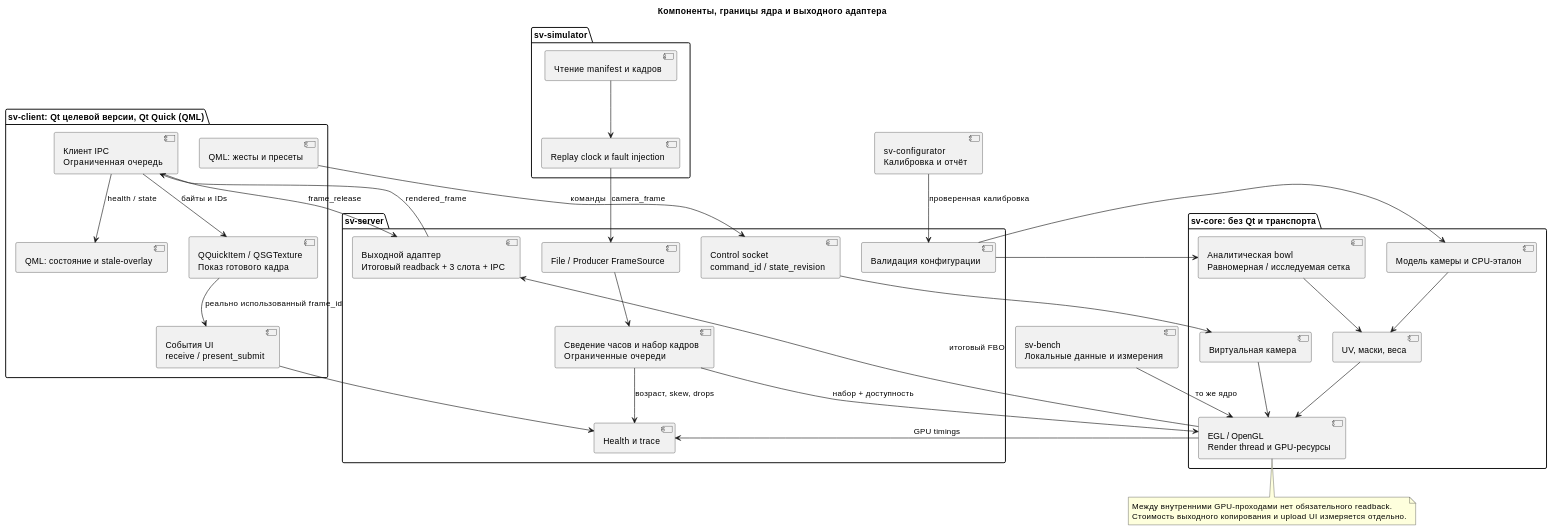
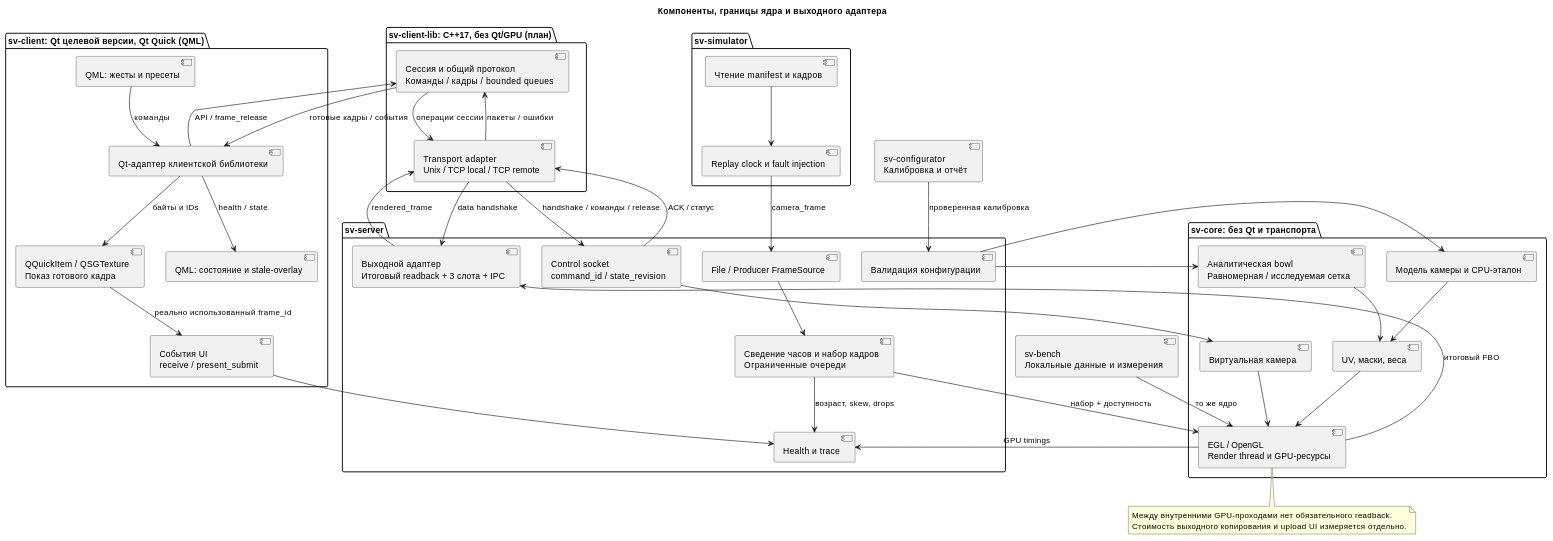
One commit to AKTOETO/Surround-view changed the second of 3 diagrams in docs/architecture/SYSTEM.md. Above: the diagram before and after it, drawn with PlantUML. The commit also changed other lines of this file and 2 other files, not shown here.

Commit message:
docs: define reusable local and remote client library contract

````diff
--- a/docs/architecture/SYSTEM.md
+++ b/docs/architecture/SYSTEM.md
@@ -147,61 +154,71 @@
 ```plantuml
 @startuml
 title Компоненты, границы ядра и выходного адаптера
-' Статус: проектная редакция 19.09.2026. Решения: SYSTEM.md, ADR-001/002/003.
+' Статус: проектная редакция 05.10.2026. sv-client-lib планируется: ADR-012.
 package "sv-core: без Qt и транспорта" {
   [Модель камеры и CPU-эталон] as Camera
   [Аналитическая bowl\nРавномерная / исследуемая сетка] as Geometry
   [UV, маски, веса] as Mapping
   [Виртуальная камера] as View
   [EGL / OpenGL\nRender thread и GPU-ресурсы] as GPU
 }
 package "sv-server" {
   [File / Producer FrameSource] as Input
   [Сведение часов и набор кадров\nОграниченные очереди] as Sync
   [Валидация конфигурации] as Config
   [Control socket\ncommand_id / state_revision] as Control
   [Выходной адаптер\nИтоговый readback + 3 слота + IPC] as Output
   [Health и trace] as Trace
 }
+package "sv-client-lib: C++17, без Qt/GPU (план)" {
+  [Сессия и общий протокол\nКоманды / кадры / bounded queues] as ClientLibrary
+  [Transport adapter\nUnix / TCP local / TCP remote] as ClientTransport
+}
 package "sv-client: Qt целевой версии, Qt Quick (QML)" {
-  [Клиент IPC\nОграниченная очередь] as Client
+  [Qt-адаптер клиентской библиотеки] as Client
   [QQuickItem / QSGTexture\nПоказ готового кадра] as Display
   [QML: жесты и пресеты] as Touch
   [QML: состояние и stale-overlay] as Status
   [События UI\nreceive / present_submit] as UITrace
 }
 package "sv-simulator" {
   [Чтение manifest и кадров] as Data
   [Replay clock и fault injection] as Producer
 }
 [sv-configurator\nКалибровка и отчёт] as Calibrator
 [sv-bench\nЛокальные данные и измерения] as Bench
 Calibrator --> Config : проверенная калибровка
 Config --> Camera
 Config --> Geometry
 Camera --> Mapping
 Geometry --> Mapping
 Mapping --> GPU
 Input --> Sync
 Sync --> GPU : набор + доступность
 Control --> View
 View --> GPU
 GPU --> Output : итоговый FBO
 GPU --> Trace : GPU timings
 Sync --> Trace : возраст, skew, drops
-Output --> Client : rendered_frame
-Client --> Output : frame_release
+ClientLibrary --> ClientTransport : операции сессии
+ClientTransport --> ClientLibrary : пакеты / ошибки
+ClientTransport --> Control : handshake / команды / release
+Control --> ClientTransport : ACK / статус
+Output --> ClientTransport : rendered_frame
+ClientTransport --> Output : data handshake
+Client --> ClientLibrary : API / frame_release
+ClientLibrary --> Client : готовые кадры / события
 Client --> Display : байты и IDs
 Client --> Status : health / state
-Touch --> Control : команды
+Touch --> Client : команды
 Display --> UITrace : реально использованный frame_id
 UITrace --> Trace
 Data --> Producer
 Producer --> Input : camera_frame
 Bench --> GPU : то же ядро
 note bottom of GPU
   Между внутренними GPU-проходами нет обязательного readback.
   Стоимость выходного копирования и upload UI измеряется отдельно.
 end note
 @enduml
 ```
````
